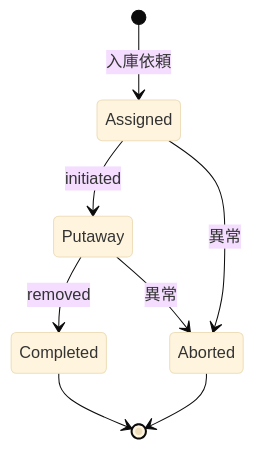
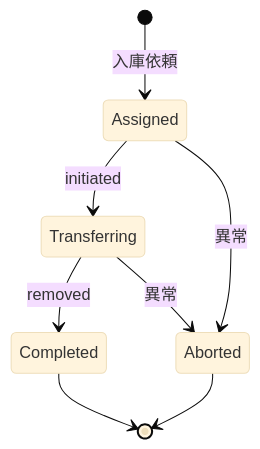
Before and after one commit to YE0250OCHI/FinalAssignment_TeamA: the second of 3 diagrams in docs/server/job_rules.md, drawn with Mermaid (base theme). The commit also changed other lines of this file, not shown here.

````diff
--- a/docs/server/job_rules.md
+++ b/docs/server/job_rules.md
@@ -180,15 +179,15 @@
 ``` mermaid
 stateDiagram-v2
 
 [*] --> Assigned : 入庫依頼
 
-Assigned --> Putaway : initiated
+Assigned --> Transferring : initiated
 
-Putaway --> Completed : removed
+Transferring --> Completed : removed
 
 Assigned --> Aborted : 異常
-Putaway --> Aborted : 異常
+Transferring --> Aborted : 異常
 
 Completed --> [*]
 Aborted --> [*]
 ```
````
